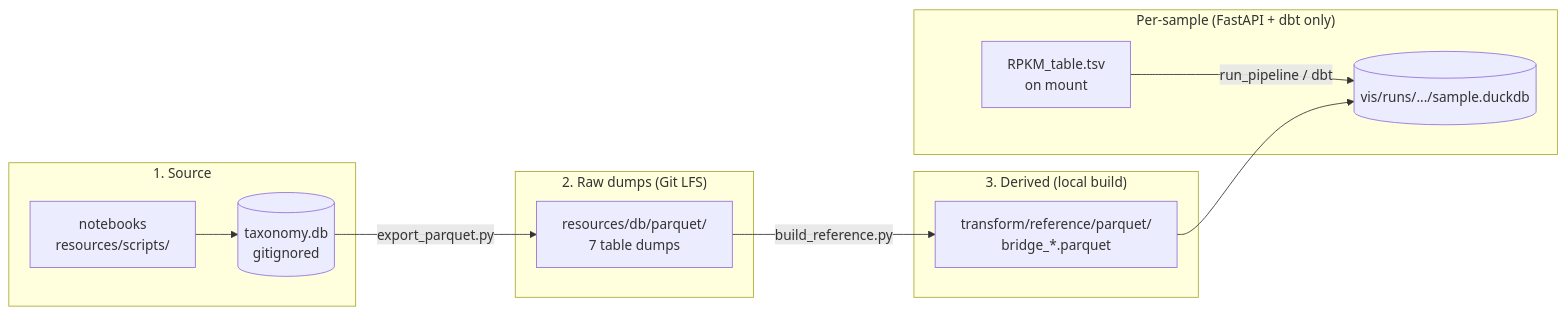
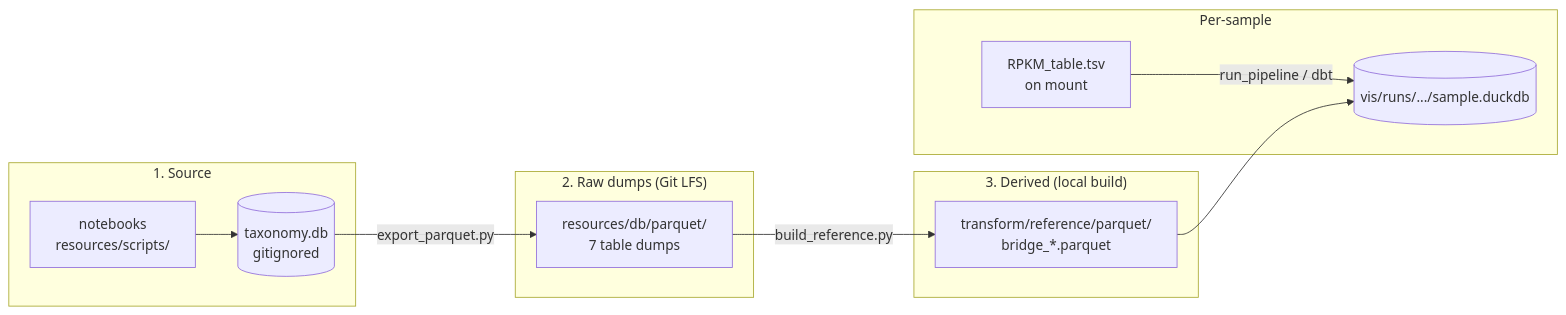
One commit to ParkinsonLab/metapro-data-vis changed the diagram in README.md. Above: the diagram before and after it, drawn with Mermaid. The commit also changed other lines of this file and 2 other files, not shown here.

````diff
--- a/README.md
+++ b/README.md
@@ -122,21 +116,21 @@
 ```mermaid
 flowchart LR
   subgraph source["1. Source"]
     NB["notebooks<br/>resources/scripts/"]
     TDB[("taxonomy.db<br/>gitignored")]
     NB --> TDB
   end
 
   subgraph raw["2. Raw dumps (Git LFS)"]
   TDB -->|"export_parquet.py"| RAW["resources/db/parquet/<br/>7 table dumps"]
   end
 
   subgraph derived["3. Derived (local build)"]
   RAW -->|"build_reference.py"| BR["transform/reference/parquet/<br/>bridge_*.parquet"]
   end
 
-  subgraph sample["Per-sample (FastAPI + dbt only)"]
+  subgraph sample["Per-sample"]
   RPKM["RPKM_table.tsv<br/>on mount"] -->|"run_pipeline / dbt"| DUCK[("vis/runs/.../sample.duckdb")]
   BR --> DUCK
   end
 ```
````
